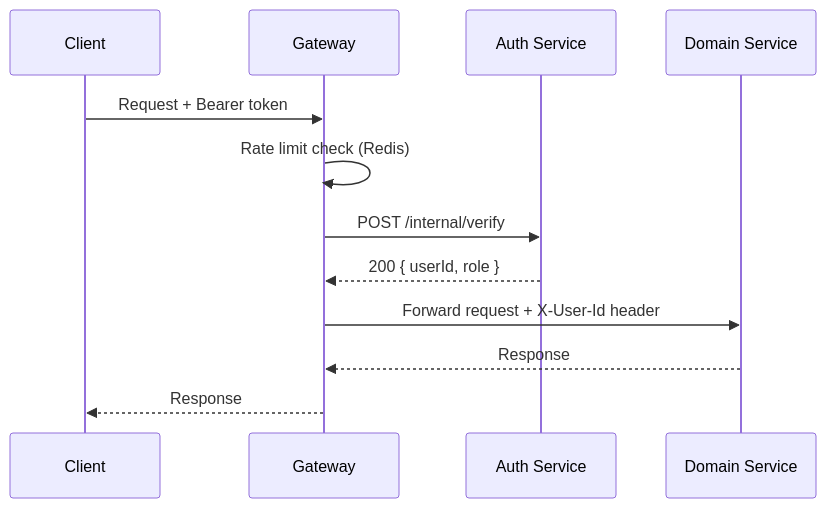
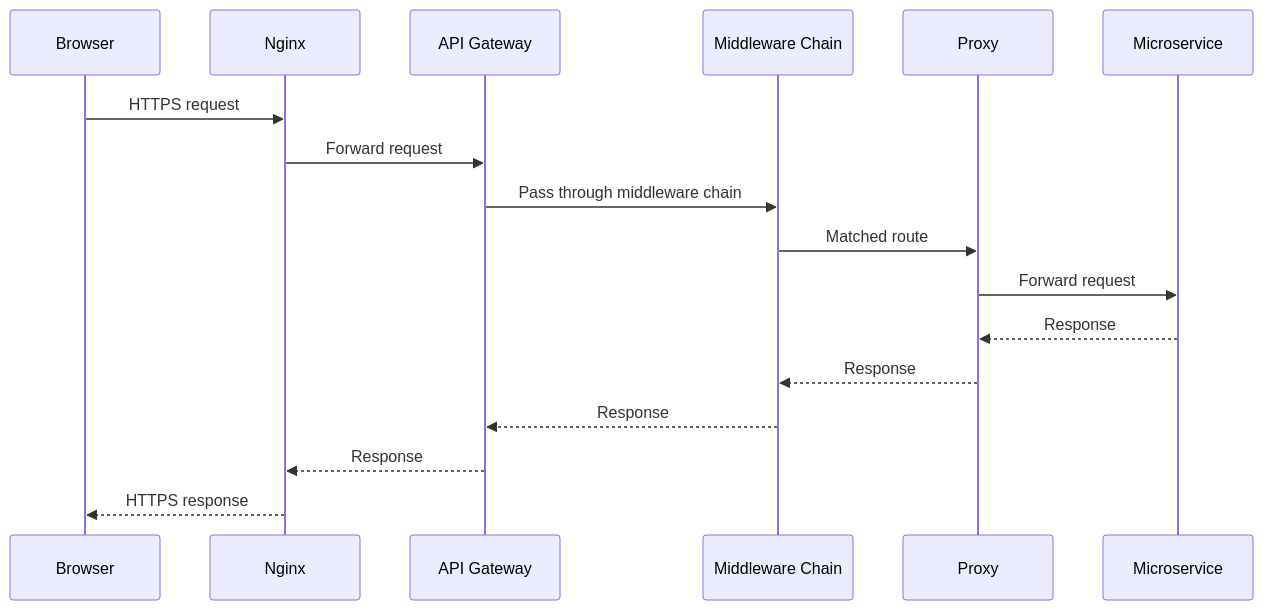
One commit to rahul-1901/distributedSystem changed the third of 4 diagrams in backend/docs/api-gateway.md. Above: the diagram before and after it, drawn with Mermaid. The commit also changed other lines of this file and 7 other files, not shown here.

````diff
--- a/backend/docs/api-gateway.md
+++ b/backend/docs/api-gateway.md
@@ -66,14 +76,20 @@
 ```mermaid
 sequenceDiagram
-    participant C as Client
-    participant G as Gateway
-    participant A as Auth Service
-    participant S as Domain Service
-    C->>G: Request + Bearer token
-    G->>G: Rate limit check (Redis)
-    G->>A: POST /internal/verify
-    A-->>G: 200 { userId, role }
-    G->>S: Forward request + X-User-Id header
-    S-->>G: Response
-    G-->>C: Response
+    participant Browser
+    participant Nginx
+    participant Gateway as API Gateway
+    participant MW as Middleware Chain
+    participant Proxy
+    participant Service as Microservice
+
+    Browser->>Nginx: HTTPS request
+    Nginx->>Gateway: Forward request
+    Gateway->>MW: Pass through middleware chain
+    MW->>Proxy: Matched route
+    Proxy->>Service: Forward request
+    Service-->>Proxy: Response
+    Proxy-->>MW: Response
+    MW-->>Gateway: Response
+    Gateway-->>Nginx: Response
+    Nginx-->>Browser: HTTPS response
 ```
````
